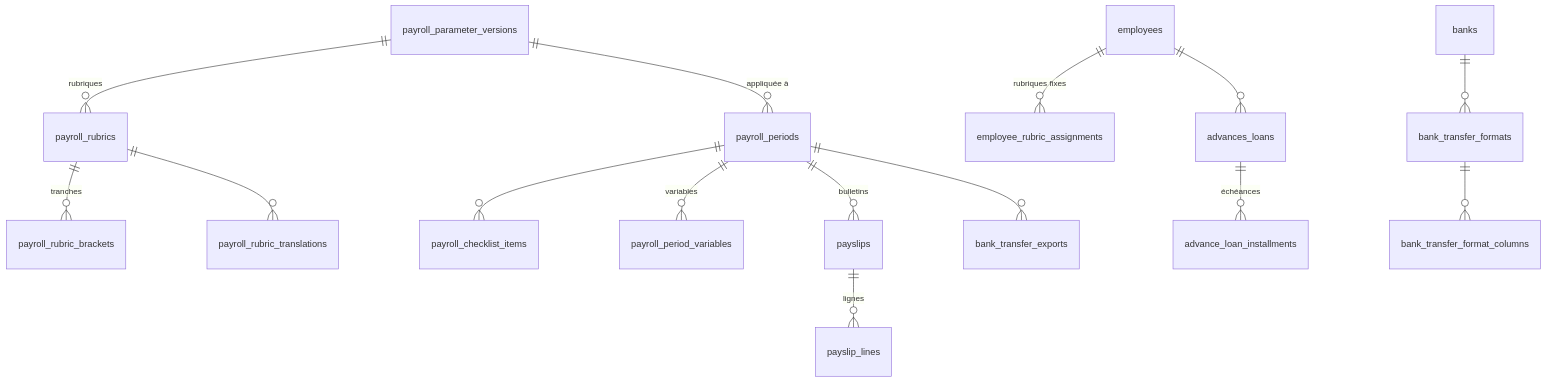
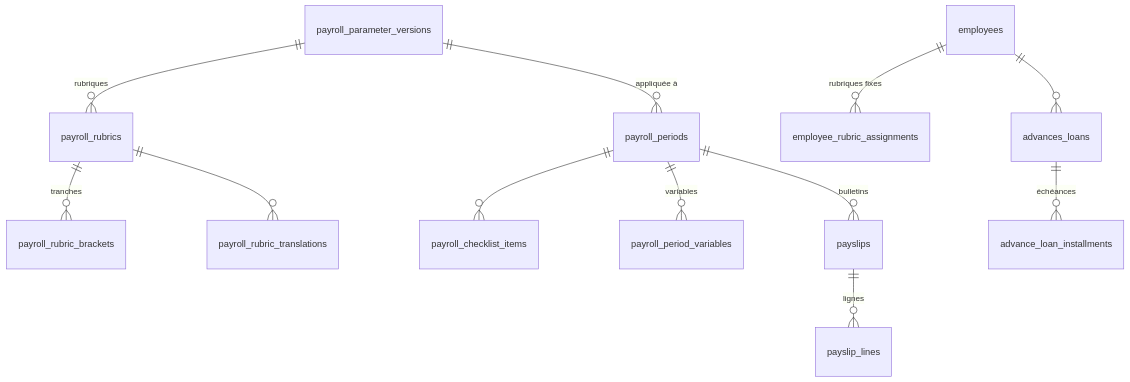
One commit to riyadaOne/fluxyrh-docs changed the sixth of 6 diagrams in 01-specifications/BACKEND-SCHEMA.md. Above: the diagram before and after it, drawn with Mermaid. The commit also changed other lines of this file and 21 other files, not shown here.

````diff
--- a/01-specifications/BACKEND-SCHEMA.md
+++ b/01-specifications/BACKEND-SCHEMA.md
@@ -323,17 +332,14 @@
 ```mermaid
 erDiagram
     payroll_parameter_versions ||--o{ payroll_rubrics : "rubriques"
     payroll_rubrics ||--o{ payroll_rubric_brackets : "tranches"
     payroll_rubrics ||--o{ payroll_rubric_translations : ""
     payroll_parameter_versions ||--o{ payroll_periods : "appliquée à"
     payroll_periods ||--o{ payroll_checklist_items : ""
     payroll_periods ||--o{ payroll_period_variables : "variables"
     payroll_periods ||--o{ payslips : "bulletins"
     payslips ||--o{ payslip_lines : "lignes"
     employees ||--o{ employee_rubric_assignments : "rubriques fixes"
     employees ||--o{ advances_loans : ""
     advances_loans ||--o{ advance_loan_installments : "échéances"
-    banks ||--o{ bank_transfer_formats : ""
-    bank_transfer_formats ||--o{ bank_transfer_format_columns : ""
-    payroll_periods ||--o{ bank_transfer_exports : ""
 ```
````
